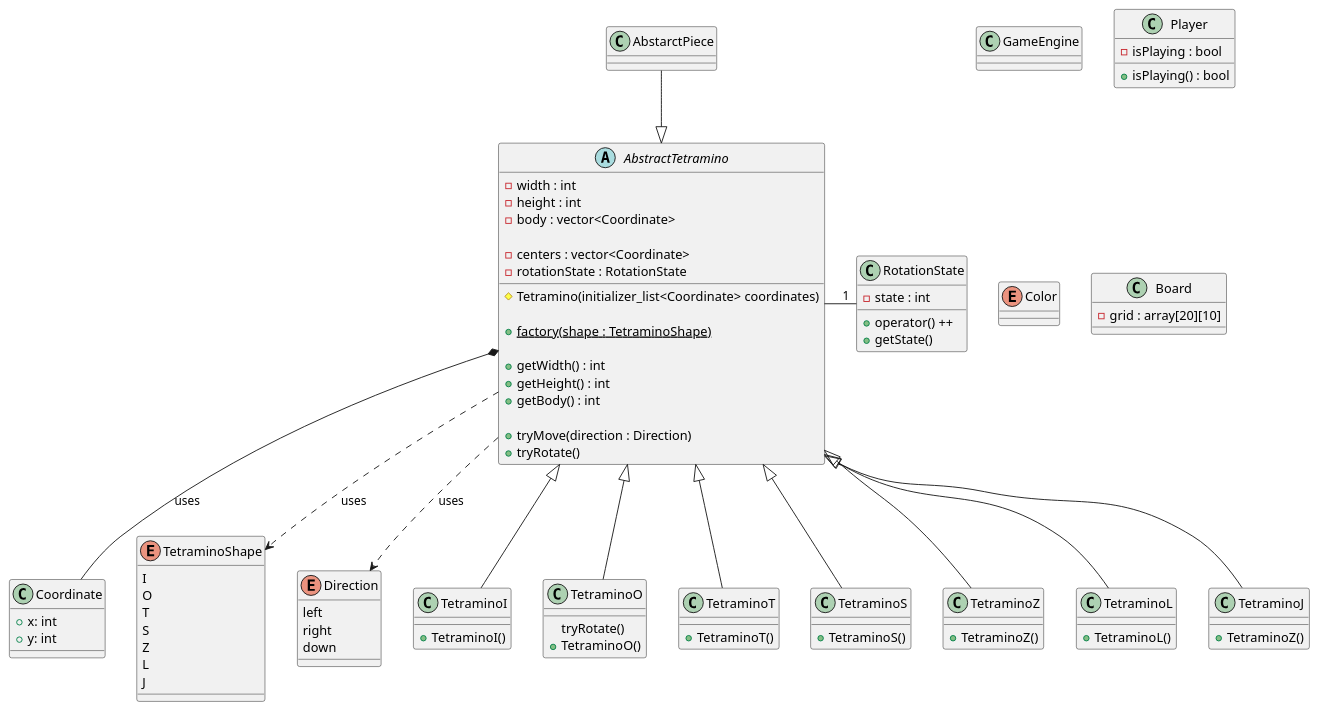
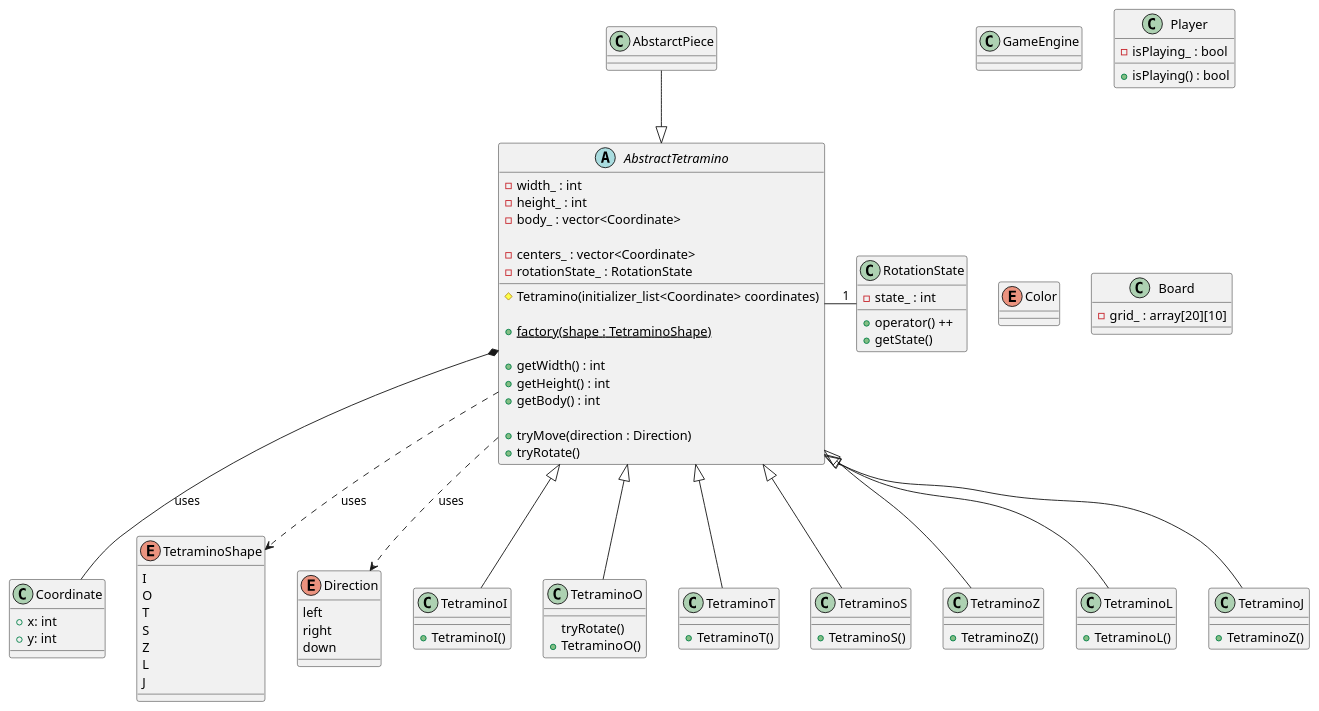
Before and after one commit to ulb-info2-group5/Royal-Blocks: the diagram in SRD-DOC/uml/class/game/game.plantuml, drawn with PlantUML. The commit also changed 1 other file, not shown here.

```diff
--- a/SRD-DOC/uml/class/game/game.plantuml
+++ b/SRD-DOC/uml/class/game/game.plantuml
@@ -1,119 +1,119 @@
 @startuml Game
 
 
 class GameEngine{
     
 }
 
 class Player {
-    -isPlaying : bool
+    -isPlaying_ : bool
     +isPlaying() : bool
     
 }
 
 
 abstract class AbstractTetramino {
-    - width : int
-    - height : int
+    - width_ : int
+    - height_ : int
     'TODO: color ?
-    - body : vector<Coordinate>
+    - body_ : vector<Coordinate>
 
     ' coordinate of the center's for all 4 rotation states
-    - centers : vector<Coordinate>
-    - rotationState : RotationState
+    - centers_ : vector<Coordinate>
+    - rotationState_ : RotationState
 
     # Tetramino(initializer_list<Coordinate> coordinates)
 
     ' factory
     + {static} factory(shape : TetraminoShape)
 
-    + getWidth() : int 
+    + getWidth() : int  
     + getHeight() : int
     + getBody() : int
 
     + tryMove(direction : Direction)
     + tryRotate()
 }
 
 
 
 class Coordinate {
     + x: int
     + y: int
 }
 
 enum TetraminoShape {
     I
     O
     T
     S
     Z
     L
     J
 }
 
 enum Direction {
     left
     right
     down
 }
 
 
 
 class RotationState{
-    - state : int 
+    - state_ : int 
     + operator() ++
     + getState() 
 
 }
 
 enum Color {
 
 }
 
 class Board {
-    -grid : array[20][10] 
+    -grid_ : array[20][10] 
 }
 
 
 
 class TetraminoI extends AbstractTetramino { 
     +TetraminoI()
 }
 
 class TetraminoO extends AbstractTetramino { 
     'overriding'
     tryRotate()
     +TetraminoO()
 
 }
 
 class TetraminoT extends AbstractTetramino { 
     +TetraminoT()
 }
 
 class TetraminoS extends AbstractTetramino { 
     +TetraminoS()
 }
 
 class TetraminoZ extends AbstractTetramino { 
     +TetraminoZ()
 }
 
 class TetraminoL extends AbstractTetramino { 
     +TetraminoL()
 }
 
 class TetraminoJ extends AbstractTetramino { 
     +TetraminoZ()
 }
 
 AbstarctPiece --|> AbstractTetramino
 AbstractTetramino *-- Coordinate : uses
 AbstractTetramino - "1"RotationState
 AbstractTetramino.-> TetraminoShape : uses
 AbstractTetramino .-> Direction : uses
 
 
  
 @enduml
```
